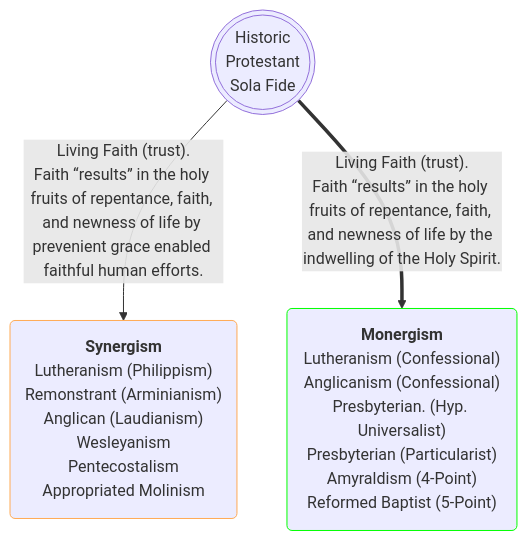
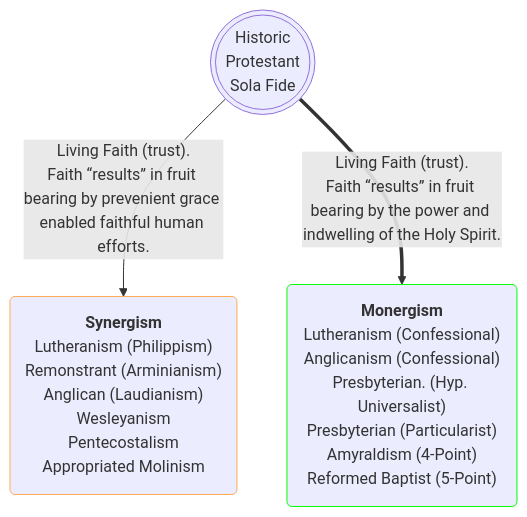
The second of 3 diagrams in _posts/2025-08-03-historic-protestant-position.markdown (OrdoLuminis/ordoluminis.github.io), drawn with Mermaid before and after one commit. The commit also changed other lines of this file, not shown here.

````diff
--- a/_posts/2025-08-03-historic-protestant-position.markdown
+++ b/_posts/2025-08-03-historic-protestant-position.markdown
@@ -93,8 +93,8 @@
 ```mermaid
 flowchart TD
     A(((Historic<br>Protestant<br>Sola Fide)))
-    A -->|Living Faith &lpar;trust&rpar;.<br>Faith &ldquo;results&rdquo; in the holy fruits of repentance, faith, and newness of life by prevenient grace enabled faithful human efforts.| H(<strong>Synergism</strong><br>Lutheranism &lpar;Philippism&rpar;<br>Remonstrant &lpar;Arminianism&rpar;<br>Anglican &lpar;Laudianism&rpar;<br>Wesleyanism<br>Pentecostalism<br>Appropriated Molinism):::orange
-    A ==>|Living Faith &lpar;trust&rpar;.<br>Faith &ldquo;results&rdquo; in the holy fruits of repentance, faith, and newness of life by the indwelling of the Holy Spirit.| G(<strong>Monergism</strong><br>Lutheranism &lpar;Confessional&rpar;<br>Anglicanism &lpar;Confessional&rpar;<br>Presbyterian. &lpar;Hyp. Universalist&rpar;<br>Presbyterian &lpar;Particularist&rpar;<br>Amyraldism &lpar;4-Point&rpar;<br>Reformed Baptist &lpar;5-Point&rpar;):::green
+    A -->|Living Faith &lpar;trust&rpar;.<br>Faith &ldquo;results&rdquo; in fruit bearing by prevenient grace enabled faithful human efforts.| H(<strong>Synergism</strong><br>Lutheranism &lpar;Philippism&rpar;<br>Remonstrant &lpar;Arminianism&rpar;<br>Anglican &lpar;Laudianism&rpar;<br>Wesleyanism<br>Pentecostalism<br>Appropriated Molinism):::orange
+    A ==>|Living Faith &lpar;trust&rpar;.<br>Faith &ldquo;results&rdquo; in fruit bearing by the power and indwelling of the Holy Spirit.| G(<strong>Monergism</strong><br>Lutheranism &lpar;Confessional&rpar;<br>Anglicanism &lpar;Confessional&rpar;<br>Presbyterian. &lpar;Hyp. Universalist&rpar;<br>Presbyterian &lpar;Particularist&rpar;<br>Amyraldism &lpar;4-Point&rpar;<br>Reformed Baptist &lpar;5-Point&rpar;):::green
     classDef green stroke:#0f0
     classDef orange stroke:#fa5
 ```
````
